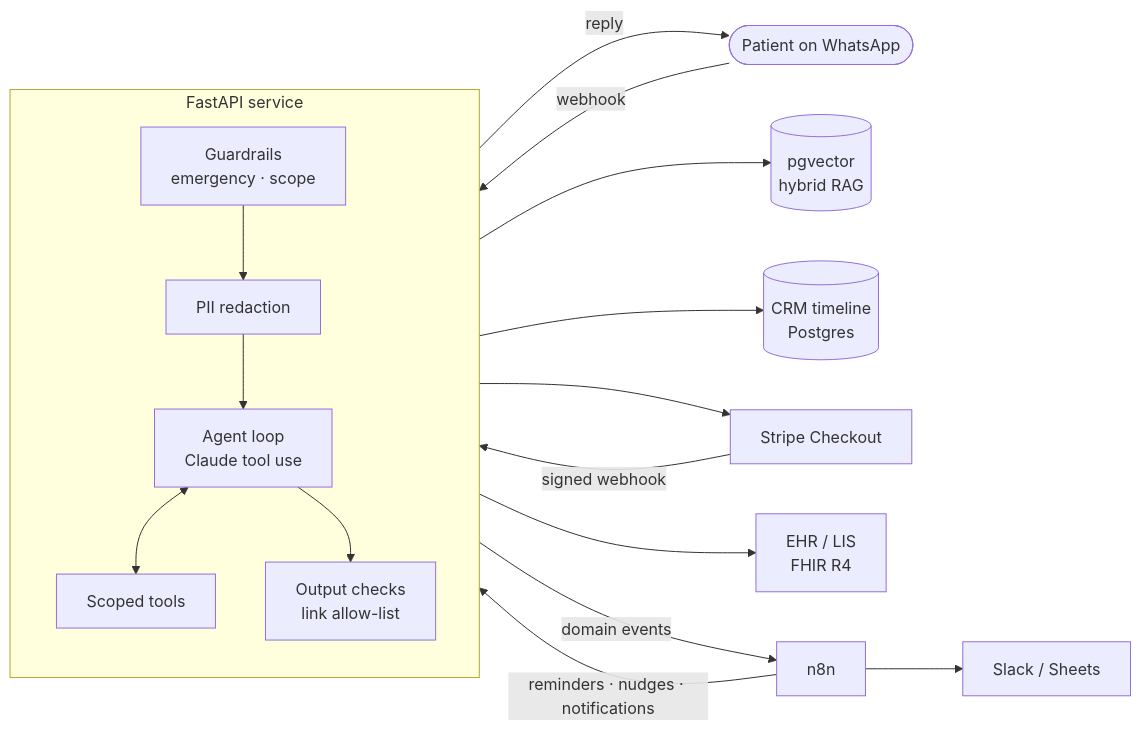
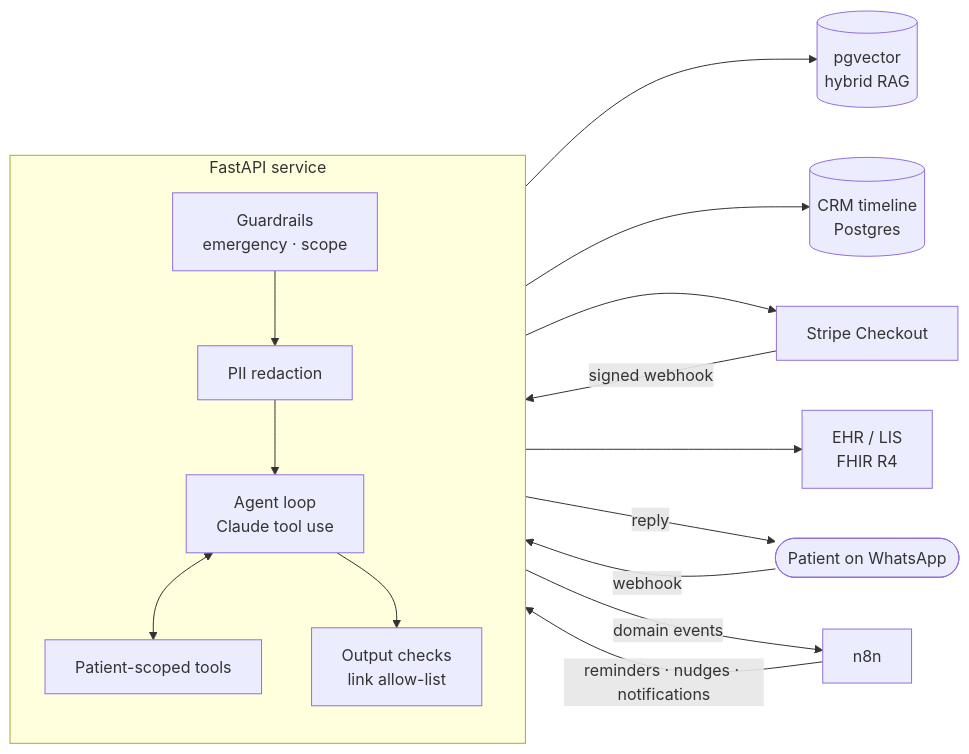
The diagram in README.md (GustavoPFARIA/clinicflow-ai), drawn with Mermaid before and after one commit. The commit also changed other lines of this file and 30 other files, not shown here.

````diff
--- a/README.md
+++ b/README.md
@@ -43,20 +228,19 @@
 ```mermaid
 flowchart LR
     P([Patient on WhatsApp]) -->|webhook| API
     subgraph API[FastAPI service]
         direction TB
         G[Guardrails<br/>emergency · scope] --> R[PII redaction]
         R --> A[Agent loop<br/>Claude tool use]
-        A <--> T[Scoped tools]
+        A <--> T[Patient-scoped tools]
         A --> O[Output checks<br/>link allow-list]
     end
     T --> KB[(pgvector<br/>hybrid RAG)]
     T --> CRM[(CRM timeline<br/>Postgres)]
     T --> S[Stripe Checkout]
     T --> EHR[EHR / LIS<br/>FHIR R4]
     S -->|signed webhook| API
     API -->|domain events| N8N[n8n]
     N8N -->|reminders · nudges · notifications| API
-    N8N --> SL[Slack / Sheets]
     O -->|reply| P
 ```
````
